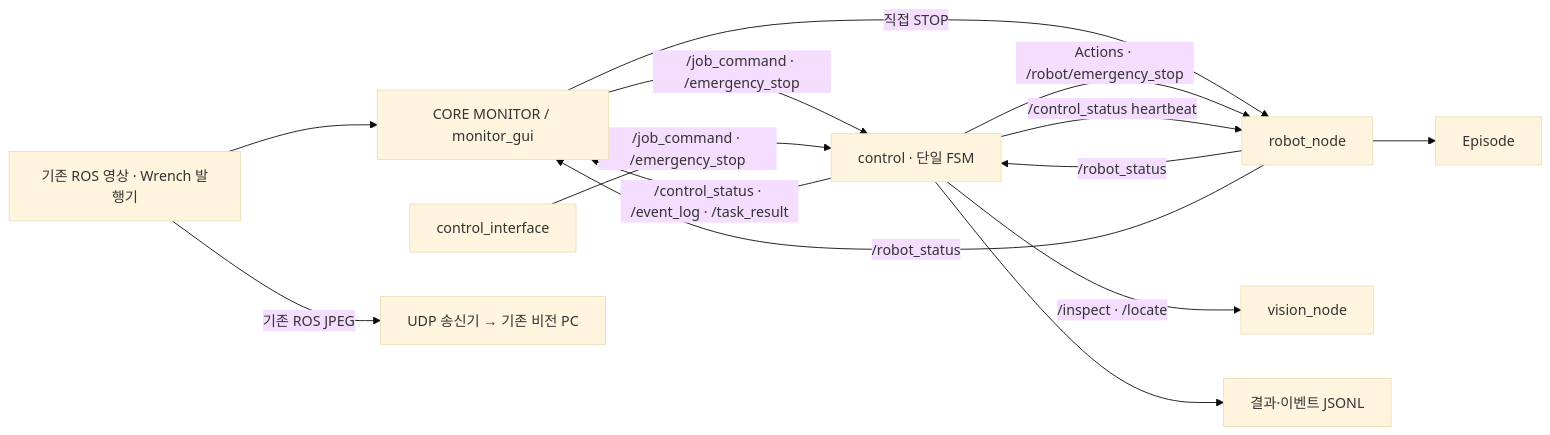
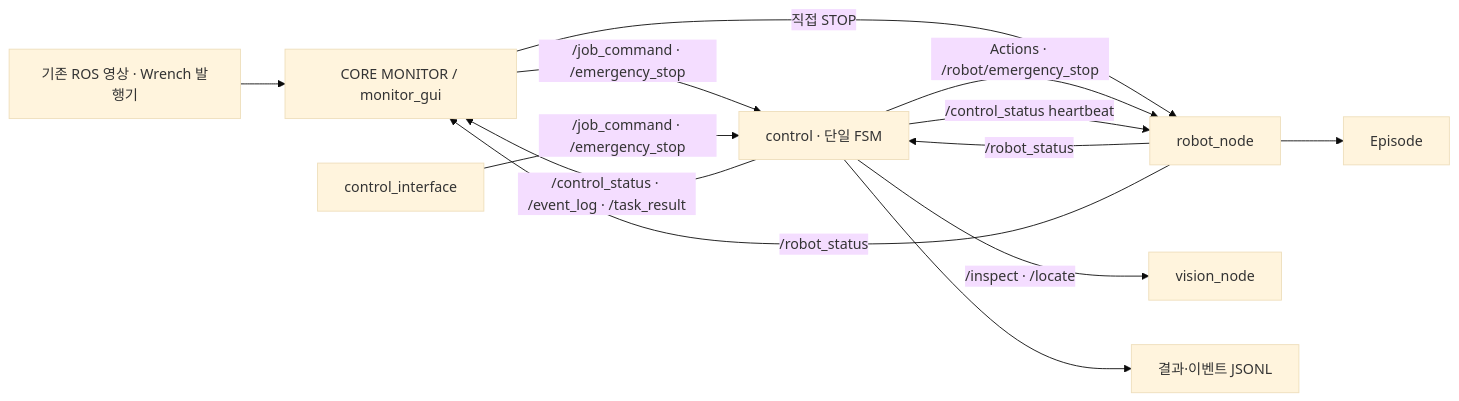
One commit to CHOI-510/rokey10_b1_2nd_core changed the first of 2 diagrams in docs/ARCHITECTURE.md. Above: the diagram before and after it, drawn with Mermaid (base theme). The commit also changed other lines of this file and 32 other files, not shown here.

````diff
--- a/docs/ARCHITECTURE.md
+++ b/docs/ARCHITECTURE.md
@@ -15,16 +15,15 @@
 ```mermaid
 flowchart LR
     M["CORE MONITOR / monitor_gui"] -->|"/job_command · /emergency_stop"| C["control · 단일 FSM"]
     M -->|"직접 STOP"| R
     CLI["control_interface"] -->|"/job_command · /emergency_stop"| C
     C -->|"Actions · /robot/emergency_stop"| R["robot_node"]
     C -->|"/inspect · /locate"| V["vision_node"]
     C -->|"/control_status heartbeat"| R
     R -->|"/robot_status"| C
     R -->|"/robot_status"| M
     C -->|"/control_status · /event_log · /task_result"| M
     S["기존 ROS 영상 · Wrench 발행기"] --> M
-    S -->|"기존 ROS JPEG"| U["UDP 송신기 → 기존 비전 PC"]
     C --> J["결과·이벤트 JSONL"]
     R --> E["Episode"]
 ```
````
